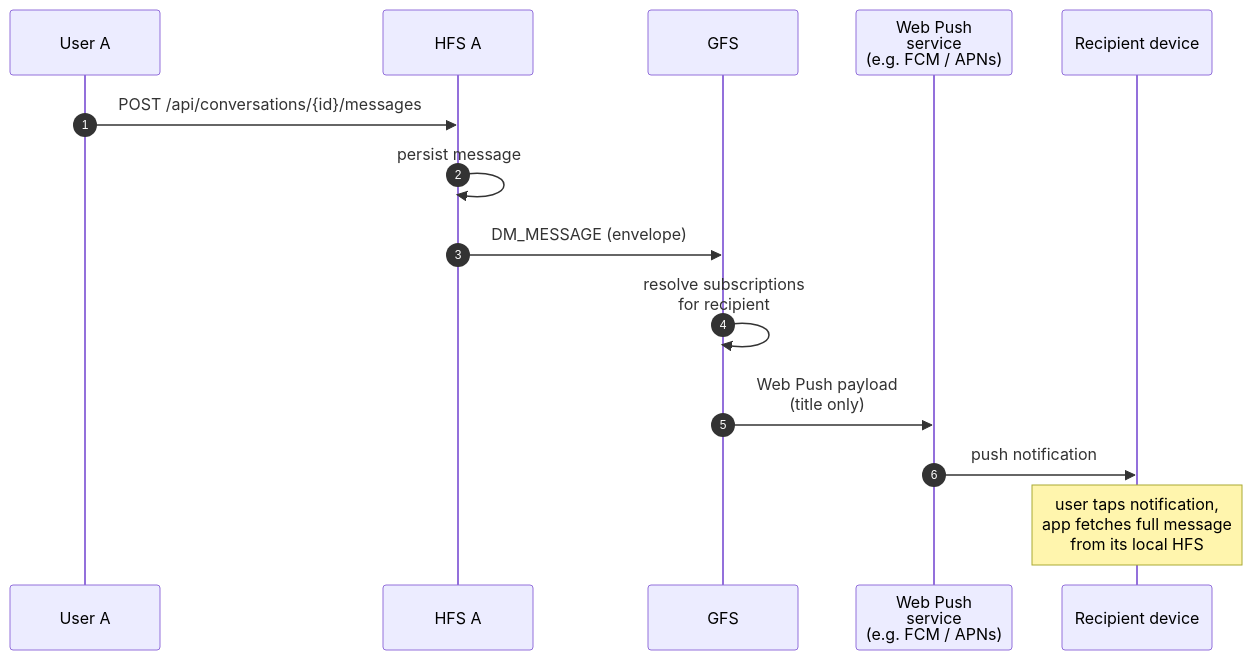
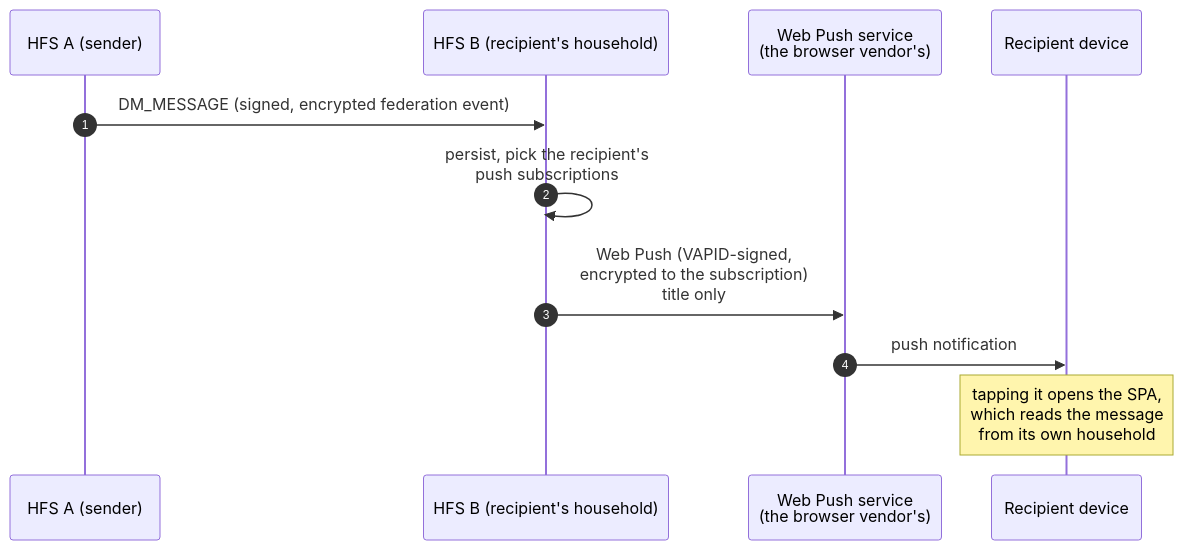
One commit to social-home-io/socialhome changed the first of 2 diagrams in docs/protocol/push-relay.md. Above: the diagram before and after it, drawn with Mermaid. The commit also changed other lines of this file and 7 other files, not shown here.

First line of the commit message:
Docs: the GFS sends no push and relays no household WebRTC signalling

````diff
--- a/docs/protocol/push-relay.md
+++ b/docs/protocol/push-relay.md
@@ -34,16 +40,13 @@
 ```mermaid
 sequenceDiagram
     autonumber
-    participant UA as User A
-    participant A as HFS A
-    participant G as GFS
-    participant WP as Web Push<br/>service<br/>(e.g. FCM / APNs)
+    participant A as HFS A (sender)
+    participant B as HFS B (recipient's household)
+    participant WP as Web Push service<br/>(the browser vendor's)
     participant D as Recipient device
-    UA->>A: POST /api/conversations/{id}/messages
-    A->>A: persist message
-    A->>G: DM_MESSAGE (envelope)
-    G->>G: resolve subscriptions<br/>for recipient
-    G->>WP: Web Push payload<br/>(title only)
+    A->>B: DM_MESSAGE (signed, encrypted federation event)
+    B->>B: persist, pick the recipient's<br/>push subscriptions
+    B->>WP: Web Push (VAPID-signed,<br/>encrypted to the subscription)<br/>title only
     WP->>D: push notification
-    Note over D: user taps notification,<br/>app fetches full message<br/>from its local HFS
+    Note over D: tapping it opens the SPA,<br/>which reads the message<br/>from its own household
 ```
````
